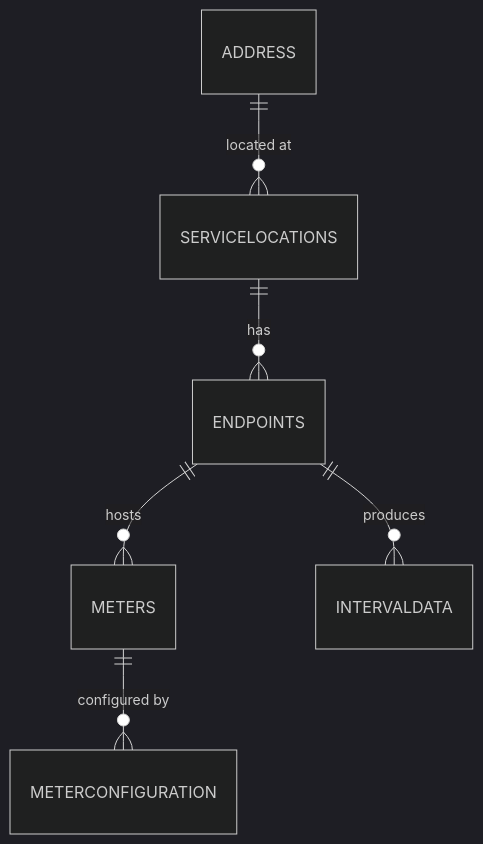
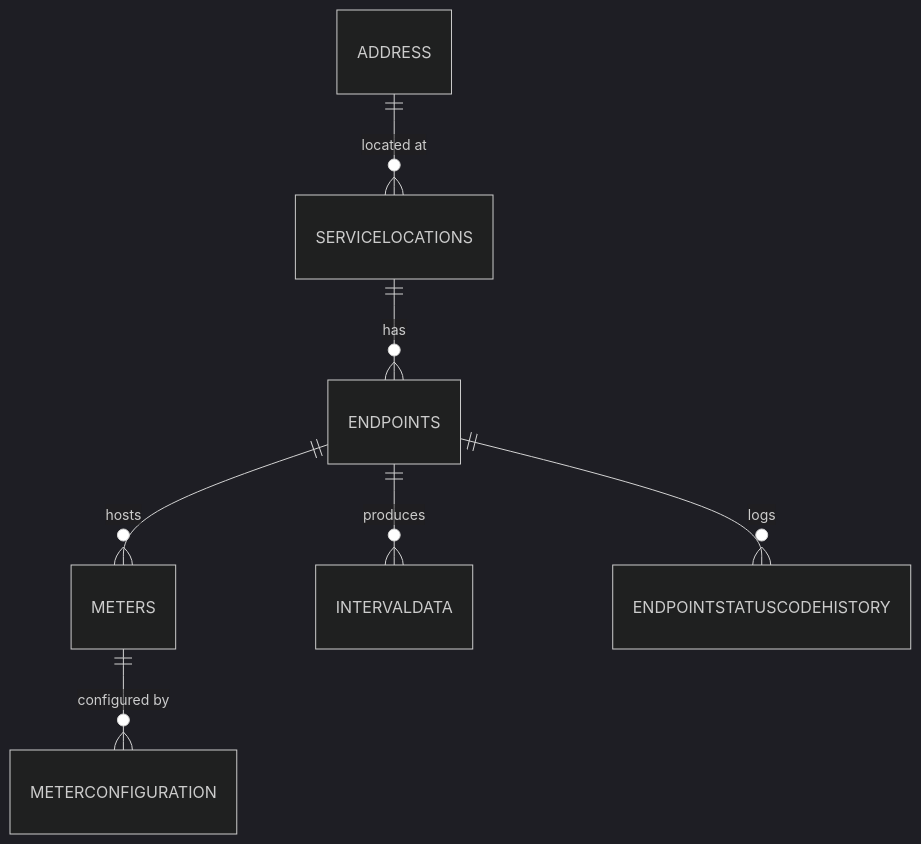
The second of 3 diagrams in docs/10-architecture-lineage.md (csu-advanced-utilities-tech/data-governance), drawn with Mermaid (dark theme) before and after one commit. The commit also changed other lines of this file and 3 other files, not shown here.

````diff
--- a/docs/10-architecture-lineage.md
+++ b/docs/10-architecture-lineage.md
@@ -30,8 +47,9 @@
 ```mermaid
 erDiagram
+  ADDRESS ||--o{ SERVICELOCATIONS : "located at"
   SERVICELOCATIONS ||--o{ ENDPOINTS : "has"
   ENDPOINTS ||--o{ METERS : "hosts"
   ENDPOINTS ||--o{ INTERVALDATA : "produces"
   METERS ||--o{ METERCONFIGURATION : "configured by"
-  ADDRESS ||--o{ SERVICELOCATIONS : "located at"
+  ENDPOINTS ||--o{ ENDPOINTSTATUSCODEHISTORY : "logs"
 ```
````
